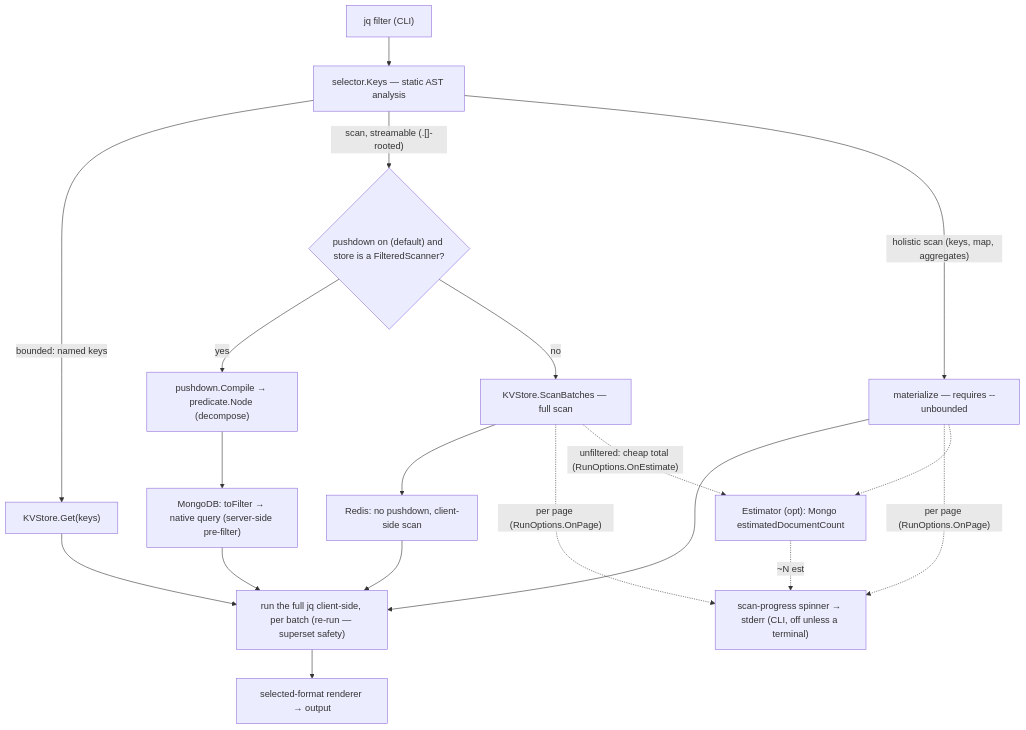
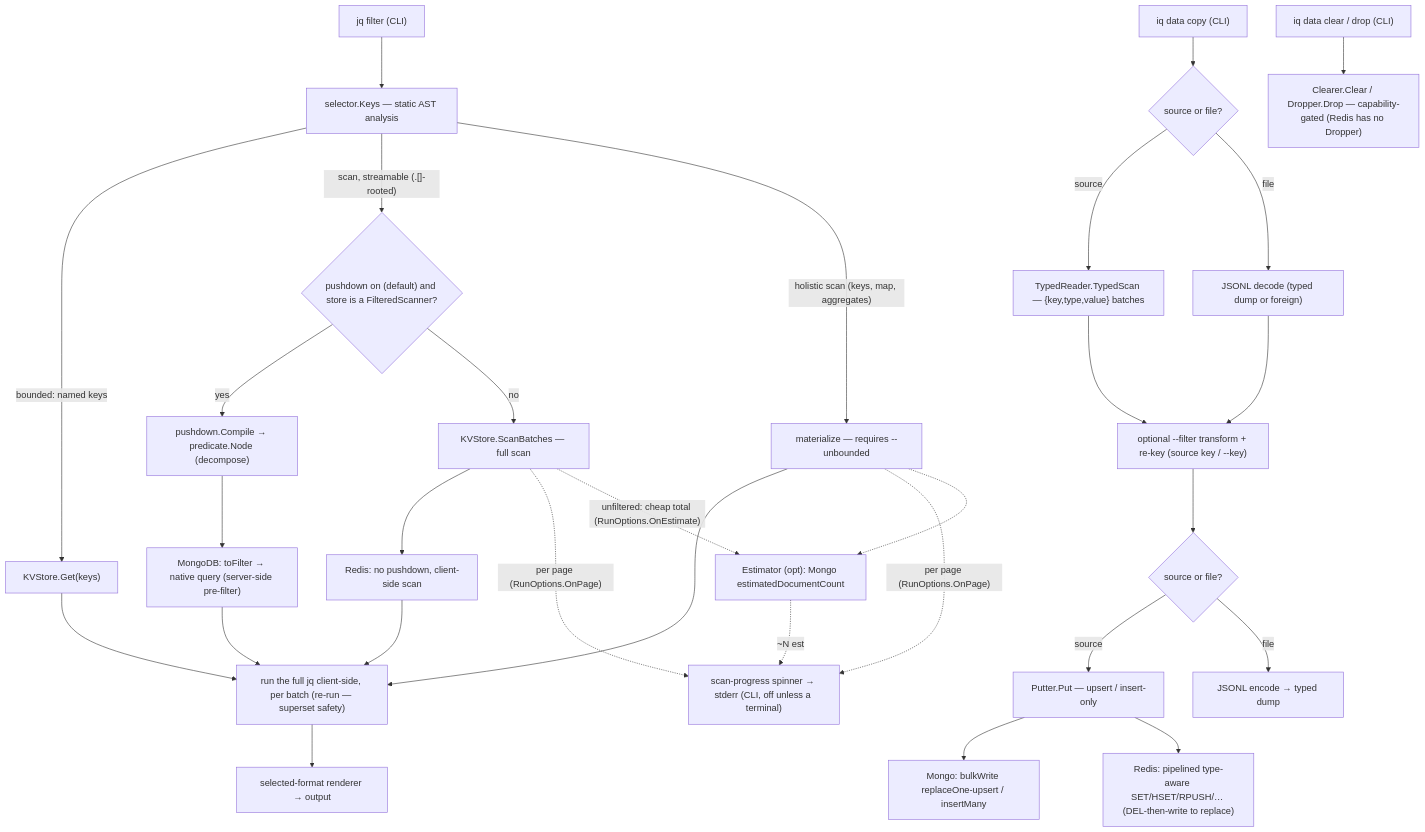
Before and after one commit to zsltg/iq: the diagram in README.md, drawn with Mermaid. The commit also changed other lines of this file and 19 other files, not shown here.

````diff
--- a/README.md
+++ b/README.md
@@ -622,25 +670,37 @@
 ```mermaid
 graph TD
   F["jq filter (CLI)"] --> SEL["selector.Keys — static AST analysis"]
   SEL -->|"bounded: named keys"| GET["KVStore.Get(keys)"]
   SEL -->|"scan, streamable (.[]-rooted)"| CMP{"pushdown on (default) and store is a FilteredScanner?"}
   SEL -->|"holistic scan (keys, map, aggregates)"| MAT["materialize — requires --unbounded"]
 
   CMP -->|yes| PD["pushdown.Compile → predicate.Node (decompose)"]
   CMP -->|no| RS["KVStore.ScanBatches — full scan"]
 
   PD --> MG["MongoDB: toFilter → native query (server-side pre-filter)"]
   RS --> RD["Redis: no pushdown, client-side scan"]
 
   GET --> JQ["run the full jq client-side, per batch (re-run — superset safety)"]
   MAT --> JQ
   MG --> JQ
   RD --> JQ
   JQ --> OUT["selected-format renderer → output"]
 
   RS -.->|"per page (RunOptions.OnPage)"| PROG["scan-progress spinner → stderr (CLI, off unless a terminal)"]
   MAT -.->|"per page (RunOptions.OnPage)"| PROG
   RS -.->|"unfiltered: cheap total (RunOptions.OnEstimate)"| EST["Estimator (opt): Mongo estimatedDocumentCount"]
   MAT -.-> EST
   EST -.->|"~N est"| PROG
+
+  CP["iq data copy (CLI)"] --> SRC{"source or file?"}
+  SRC -->|source| TS["TypedReader.TypedScan — {key,type,value} batches"]
+  SRC -->|file| DEC["JSONL decode (typed dump or foreign)"]
+  TS --> TX["optional --filter transform + re-key (source key / --key)"]
+  DEC --> TX
+  TX --> DST{"source or file?"}
+  DST -->|source| PUT["Putter.Put — upsert / insert-only"]
+  DST -->|file| ENC["JSONL encode → typed dump"]
+  PUT --> MW["Mongo: bulkWrite replaceOne-upsert / insertMany"]
+  PUT --> RW["Redis: pipelined type-aware SET/HSET/RPUSH/… (DEL-then-write to replace)"]
+  LF["iq data clear / drop (CLI)"] --> CAP["Clearer.Clear / Dropper.Drop — capability-gated (Redis has no Dropper)"]
 ```
````
